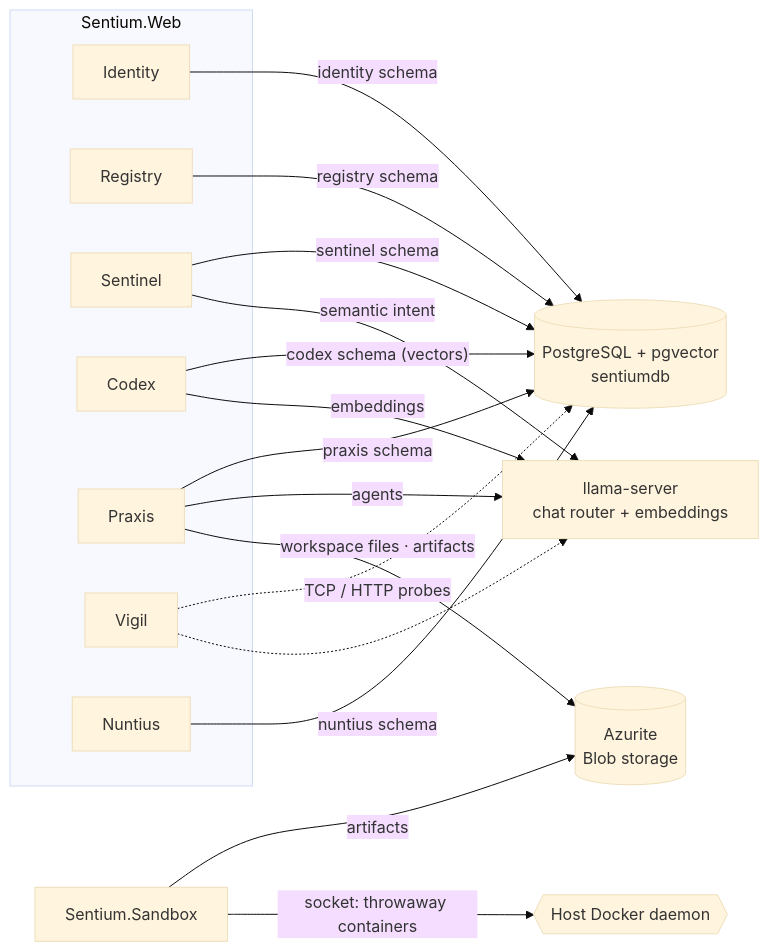
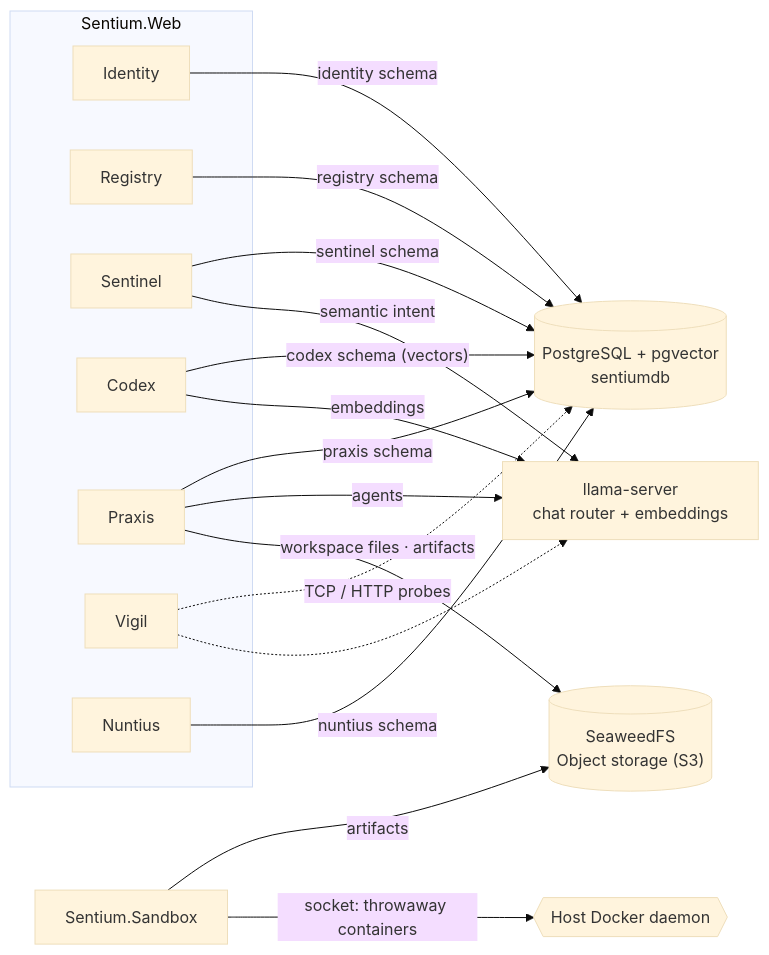
One commit to mihailshterev/sentium changed the diagram in docs/diagrams/structure-b-component-infrastructure.md. Above: the diagram before and after it, drawn with Mermaid (base theme). The commit also changed 78 other files, not shown here.

Commit message:
feat(storage): replace Azurite with SeaweedFS behind a vendor-neutral S3 object store (#196)

````diff
--- a/docs/diagrams/structure-b-component-infrastructure.md
+++ b/docs/diagrams/structure-b-component-infrastructure.md
@@ -1,37 +1,37 @@
 ```mermaid
 flowchart LR
     subgraph WEB["Sentium.Web"]
         ID["Identity"]
         REG["Registry"]
         SEN["Sentinel"]
         CDX["Codex"]
         PRX["Praxis"]
         VIG["Vigil"]
         NUN["Nuntius"]
     end
 
     SBX["Sentium.Sandbox"]
 
     PG[("PostgreSQL + pgvector<br/>sentiumdb")]
     OLL["llama-server<br/>chat router + embeddings"]
-    BLOB[("Azurite<br/>Blob storage")]
+    BLOB[("SeaweedFS<br/>Object storage (S3)")]
     DOCKER{{"Host Docker daemon"}}
 
     ID -->|"identity schema"| PG
     REG -->|"registry schema"| PG
     SEN -->|"sentinel schema"| PG
     CDX -->|"codex schema (vectors)"| PG
     PRX -->|"praxis schema"| PG
     NUN -->|"nuntius schema"| PG
 
     PRX -->|"agents"| OLL
     CDX -->|"embeddings"| OLL
     SEN -->|"semantic intent"| OLL
     PRX -->|"workspace files · artifacts"| BLOB
 
     SBX -->|"artifacts"| BLOB
     SBX -->|"socket: throwaway containers"| DOCKER
 
     VIG -.->|"TCP / HTTP probes"| PG
     VIG -.-> OLL
 ```
````
